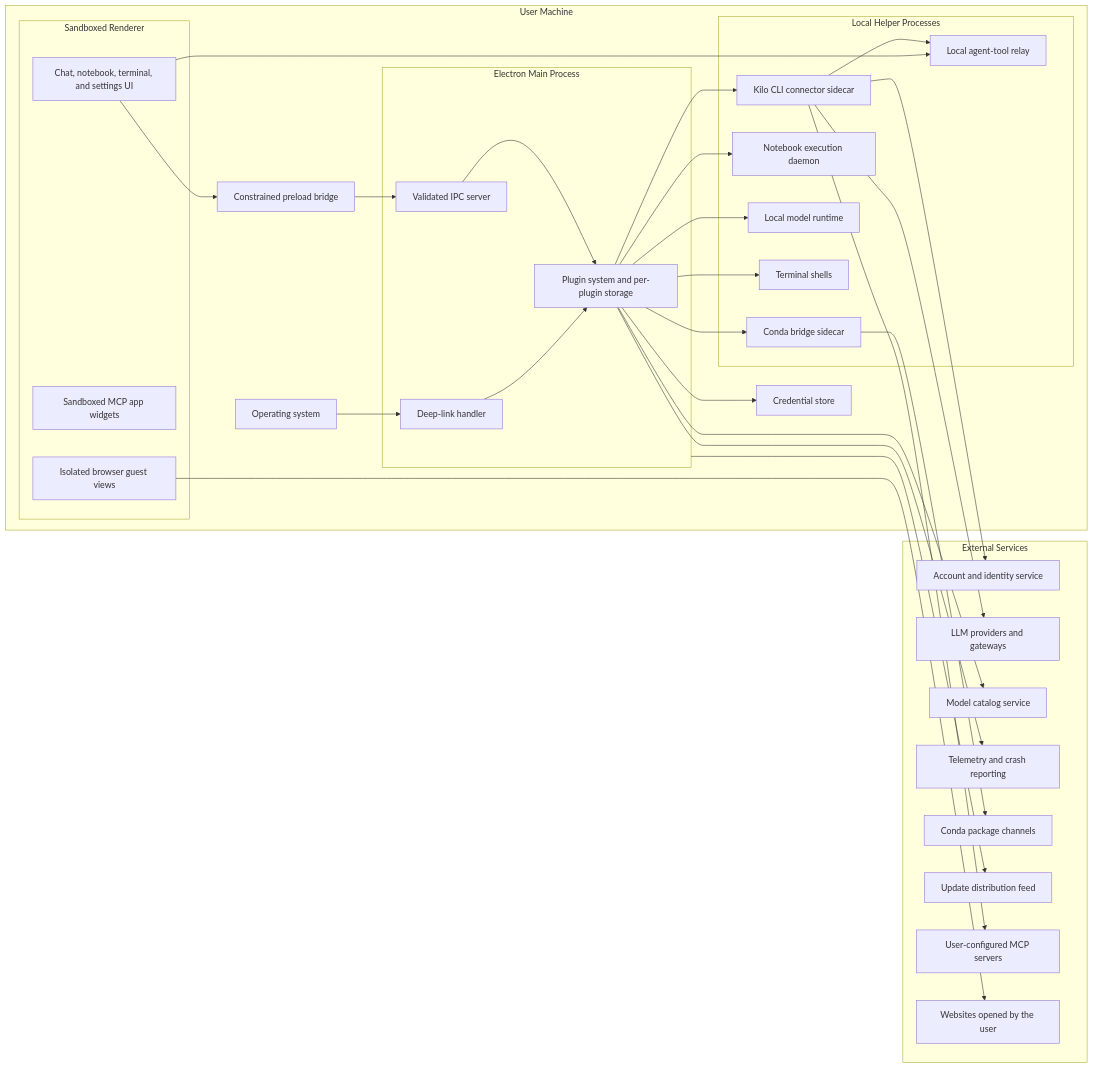
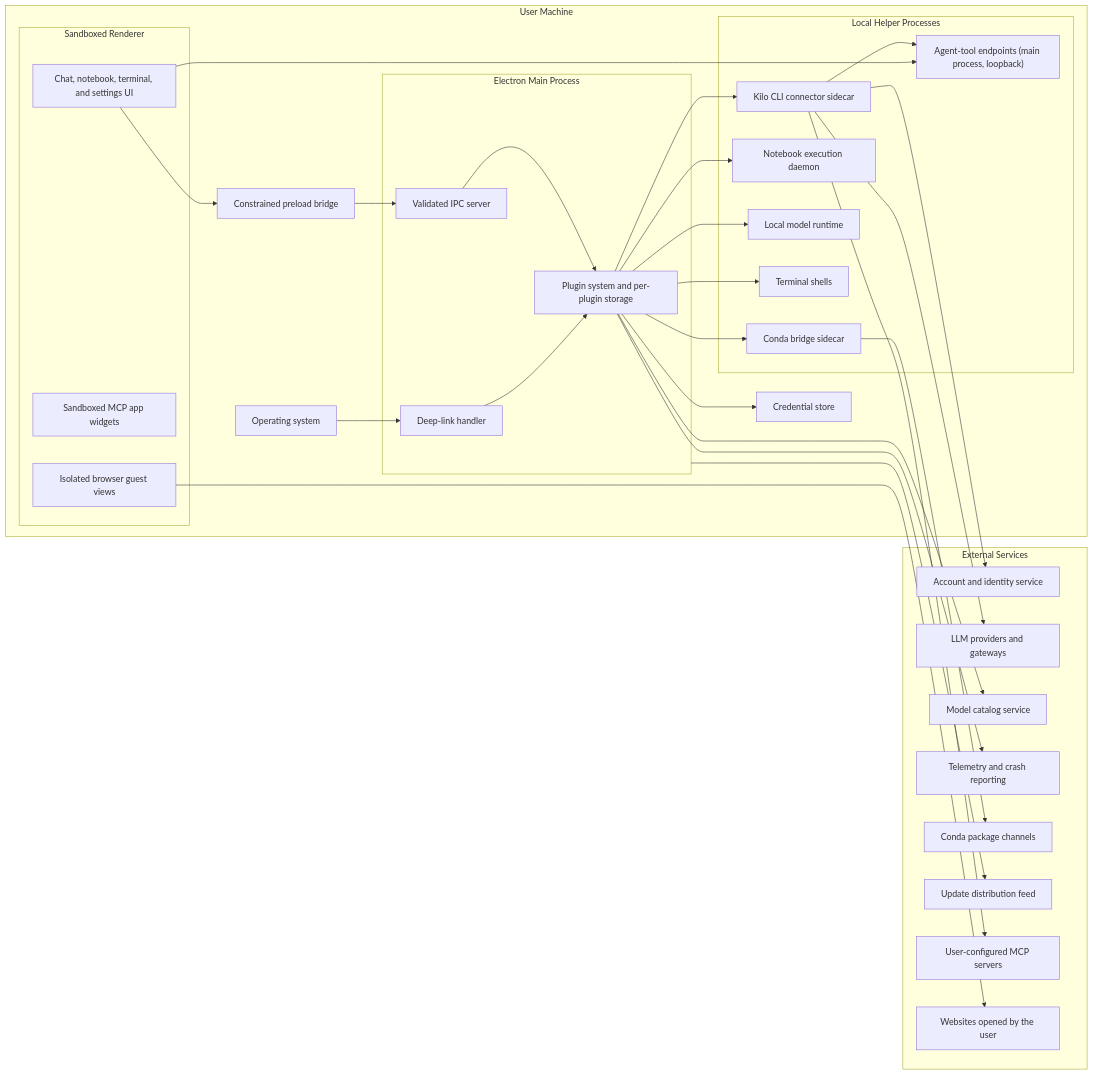
One commit to Kilo-Org/kilo-desktop changed the first of 8 diagrams in docs/security/security-architecture.md. Above: the diagram before and after it, drawn with Mermaid. The commit also changed other lines of this file and 72 other files, not shown here.

First line of the commit message:
DESK-3122: serve agent tools from the main process; add External AI apps settings (#718)

````diff
--- a/docs/security/security-architecture.md
+++ b/docs/security/security-architecture.md
@@ -72,57 +72,57 @@
 ```mermaid
 flowchart LR
   subgraph machine["User Machine"]
     subgraph renderer["Sandboxed Renderer"]
       webui["Chat, notebook, terminal, and settings UI"]
       widgets["Sandboxed MCP app widgets"]
       guests["Isolated browser guest views"]
     end
     preload["Constrained preload bridge"]
     subgraph mainproc["Electron Main Process"]
       ipc["Validated IPC server"]
       pluginsys["Plugin system and per-plugin storage"]
       deeplink["Deep-link handler"]
     end
     subgraph sidecars["Local Helper Processes"]
       cli["Kilo CLI connector sidecar"]
-      relay["Local agent-tool relay"]
+      relay["Agent-tool endpoints (main process, loopback)"]
       conda["Conda bridge sidecar"]
       nbdaemon["Notebook execution daemon"]
       llama["Local model runtime"]
       shells["Terminal shells"]
     end
     keystore["Credential store"]
     os["Operating system"]
   end
 
   subgraph external["External Services"]
     identity["Account and identity service"]
     models["LLM providers and gateways"]
     catalog["Model catalog service"]
     telemetry["Telemetry and crash reporting"]
     channels["Conda package channels"]
     updates["Update distribution feed"]
     mcpservers["User-configured MCP servers"]
     websites["Websites opened by the user"]
   end
 
   webui --> preload --> ipc
   ipc --> pluginsys
   os --> deeplink --> pluginsys
   pluginsys --> cli
   pluginsys --> conda
   pluginsys --> nbdaemon
   pluginsys --> llama
   pluginsys --> shells
   pluginsys --> keystore
   cli --> relay
   webui --> relay
   cli --> identity
   cli --> models
   cli --> mcpservers
   pluginsys --> catalog
   conda --> channels
   pluginsys --> telemetry
   mainproc --> updates
   guests --> websites
 ```
````
